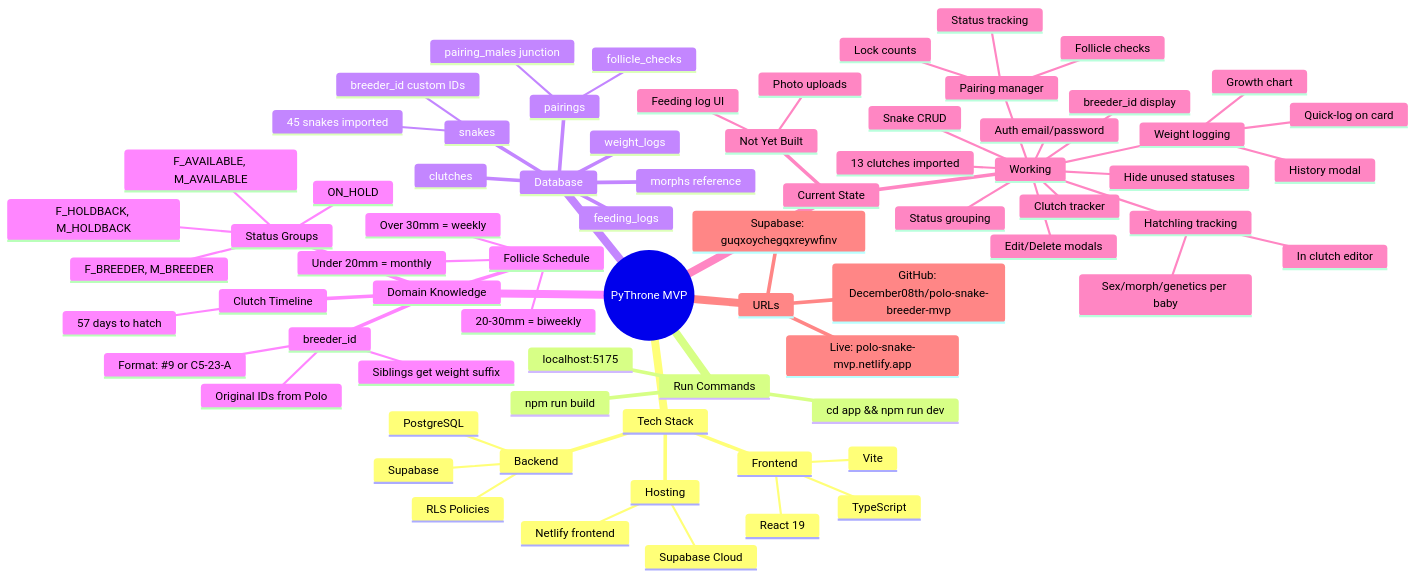
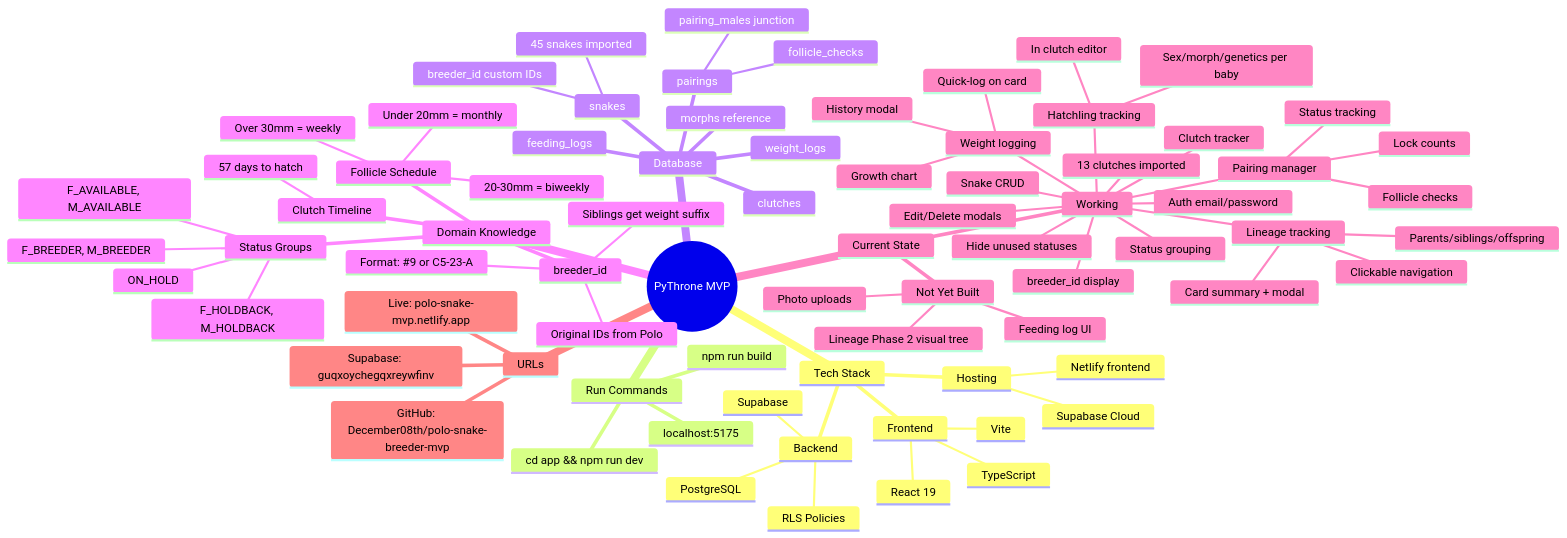
Before and after one commit to December08th/polo-snake-breeder-mvp: the diagram in CLAUDE.md, drawn with Mermaid. The commit also changed other lines of this file and 4 other files, not shown here.

First line of the commit message:
Add pairing selector to clutch forms to enable lineage data flow

````diff
--- a/CLAUDE.md
+++ b/CLAUDE.md
@@ -5,75 +5,80 @@
 ```mermaid
 mindmap
   root((PyThrone MVP))
     Tech Stack
       Frontend
         React 19
         TypeScript
         Vite
       Backend
         Supabase
         PostgreSQL
         RLS Policies
       Hosting
         Netlify frontend
         Supabase Cloud
     Run Commands
       cd app && npm run dev
       localhost:5175
       npm run build
     Database
       snakes
         breeder_id custom IDs
         45 snakes imported
       weight_logs
       feeding_logs
       pairings
         pairing_males junction
         follicle_checks
       clutches
       morphs reference
     Domain Knowledge
       breeder_id
         Original IDs from Polo
         Format: #9 or C5-23-A
         Siblings get weight suffix
       Status Groups
         F_BREEDER, M_BREEDER
         F_HOLDBACK, M_HOLDBACK
         F_AVAILABLE, M_AVAILABLE
         ON_HOLD
       Follicle Schedule
         Under 20mm = monthly
         20-30mm = biweekly
         Over 30mm = weekly
       Clutch Timeline
         57 days to hatch
     Current State
       Working
         Auth email/password
         Snake CRUD
         Status grouping
         Hide unused statuses
         Edit/Delete modals
         breeder_id display
         Clutch tracker
         13 clutches imported
         Pairing manager
           Status tracking
           Lock counts
           Follicle checks
         Weight logging
           Quick-log on card
           History modal
           Growth chart
         Hatchling tracking
           In clutch editor
           Sex/morph/genetics per baby
+        Lineage tracking
+          Card summary + modal
+          Parents/siblings/offspring
+          Clickable navigation
       Not Yet Built
         Feeding log UI
         Photo uploads
+        Lineage Phase 2 visual tree
     URLs
       Live: polo-snake-mvp.netlify.app
       Supabase: guqxoychegqxreywfinv
       GitHub: December08th/polo-snake-breeder-mvp
 ```
````
